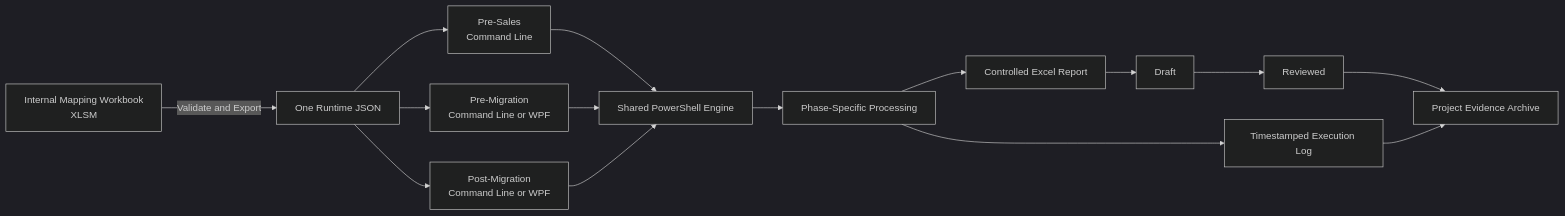
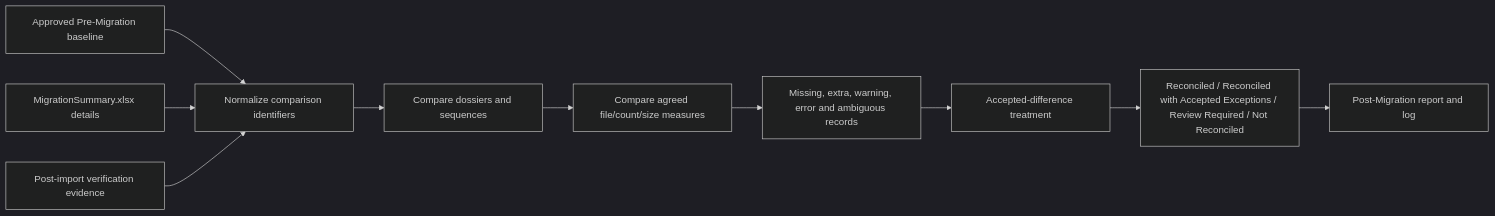
The fourth of 6 diagrams in docs/architecture/eMAS_Project_Flow.md (MightyM-ouse/eMAS), drawn with Mermaid (dark theme) before and after one commit. The commit also changed other lines of this file and 18 other files, not shown here.

Commit message:
Synchronize solution architecture and phase contracts

````diff
--- a/docs/architecture/eMAS_Project_Flow.md
+++ b/docs/architecture/eMAS_Project_Flow.md
@@ -268,21 +130,12 @@
 ```mermaid
 flowchart LR
-    A["Internal Mapping Workbook<br/>XLSM"] -->|Validate and Export| B["One Runtime JSON"]
-
-    B --> C["Pre-Sales<br/>Command Line"]
-    B --> D["Pre-Migration<br/>Command Line or WPF"]
-    B --> E["Post-Migration<br/>Command Line or WPF"]
-
-    C --> F["Shared PowerShell Engine"]
-    D --> F
-    E --> F
-
-    F --> G["Phase-Specific Processing"]
-    G --> H["Controlled Excel Report"]
-    G --> I["Timestamped Execution Log"]
-
-    H --> J["Draft"]
-    J --> K["Reviewed"]
-    K --> L["Project Evidence Archive"]
-    I --> L
+    A[Approved Pre-Migration baseline] --> D[Normalize comparison identifiers]
+    B[MigrationSummary.xlsx details] --> D
+    C[Post-import verification evidence] --> D
+    D --> E[Compare dossiers and sequences]
+    E --> F[Compare agreed file/count/size measures]
+    F --> G[Missing, extra, warning, error and ambiguous records]
+    G --> H[Accepted-difference treatment]
+    H --> I[Reconciled / Reconciled with Accepted Exceptions / Review Required / Not Reconciled]
+    I --> J[Post-Migration report and log]
 ```
````
